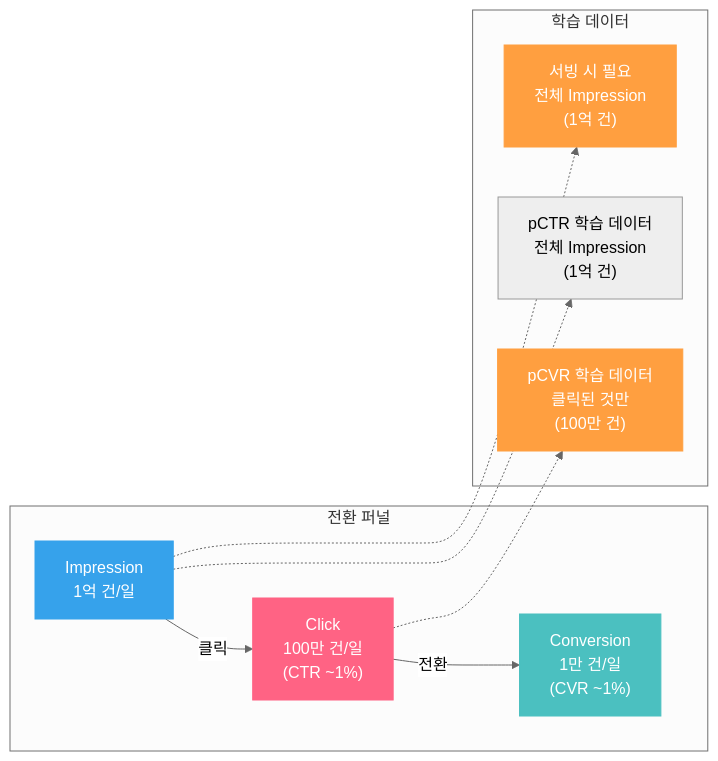
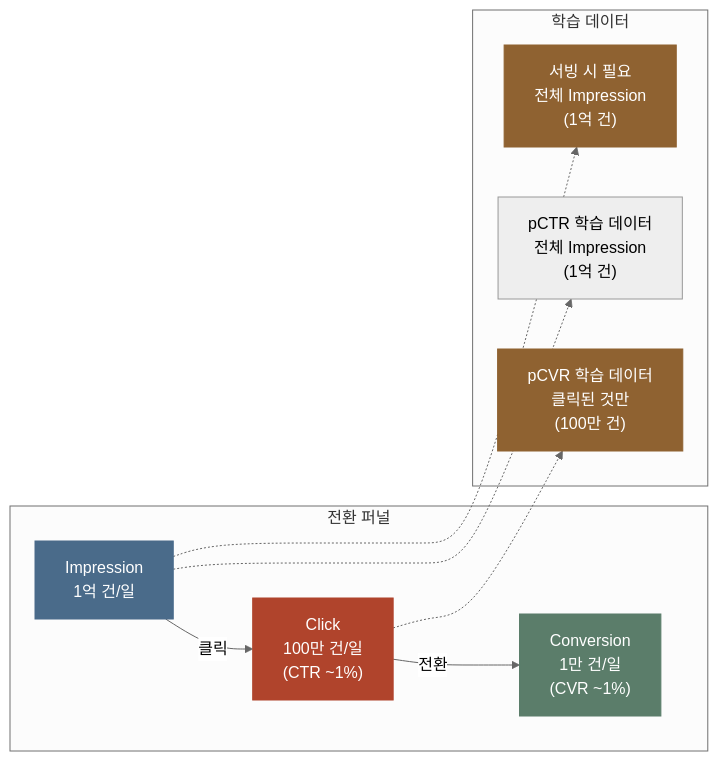
The first of 5 diagrams in posts/multi-task-learning.md (chkimsu/adtech-blog), drawn with Mermaid (neutral theme) before and after one commit. The commit also changed other lines of this file and 40 other files, not shown here.

````diff
--- a/posts/multi-task-learning.md
+++ b/posts/multi-task-learning.md
@@ -38,27 +38,27 @@
 ```mermaid
 graph LR
     subgraph Funnel["전환 퍼널"]
         IMP["Impression<br/>1억 건/일"]
         CLK["Click<br/>100만 건/일<br/>(CTR ~1%)"]
         CVR["Conversion<br/>1만 건/일<br/>(CVR ~1%)"]
     end
 
     IMP -->|"클릭"| CLK
     CLK -->|"전환"| CVR
 
     subgraph Data["학습 데이터"]
         D1["pCTR 학습 데이터<br/>전체 Impression<br/>(1억 건)"]
         D2["pCVR 학습 데이터<br/>클릭된 것만<br/>(100만 건)"]
         D3["서빙 시 필요<br/>전체 Impression<br/>(1억 건)"]
     end
 
     IMP -.-> D1
     CLK -.-> D2
     IMP -.-> D3
 
-    style IMP fill:#36a2eb,stroke:#36a2eb,color:#fff
-    style CLK fill:#ff6384,stroke:#ff6384,color:#fff
-    style CVR fill:#4bc0c0,stroke:#4bc0c0,color:#fff
-    style D2 fill:#ff9f40,stroke:#ff9f40,color:#fff
-    style D3 fill:#ff9f40,stroke:#ff9f40,color:#fff
+    style IMP fill:#4a6b8a,stroke:#4a6b8a,color:#fff
+    style CLK fill:#b0442c,stroke:#b0442c,color:#fff
+    style CVR fill:#5b7d6a,stroke:#5b7d6a,color:#fff
+    style D2 fill:#8f6231,stroke:#8f6231,color:#fff
+    style D3 fill:#8f6231,stroke:#8f6231,color:#fff
 ```
````
